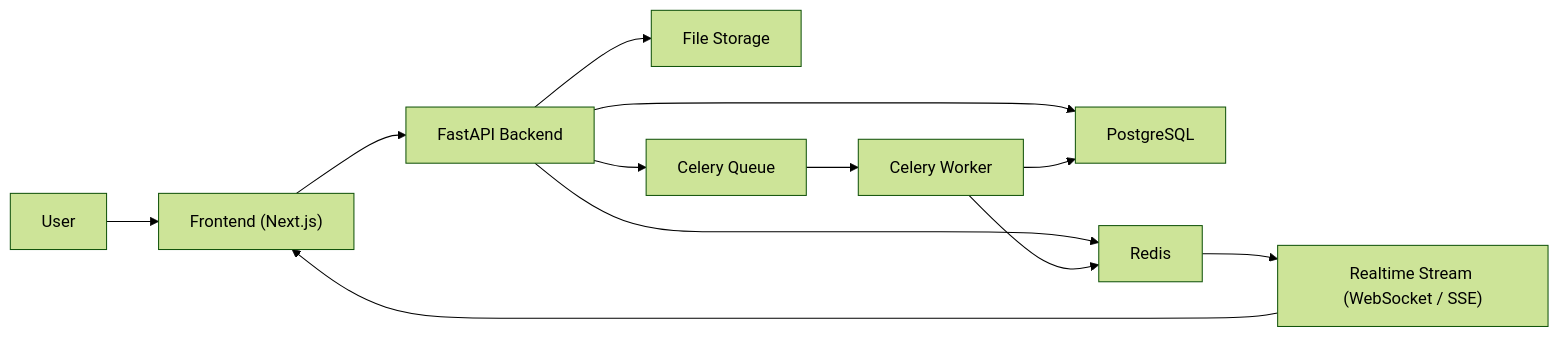
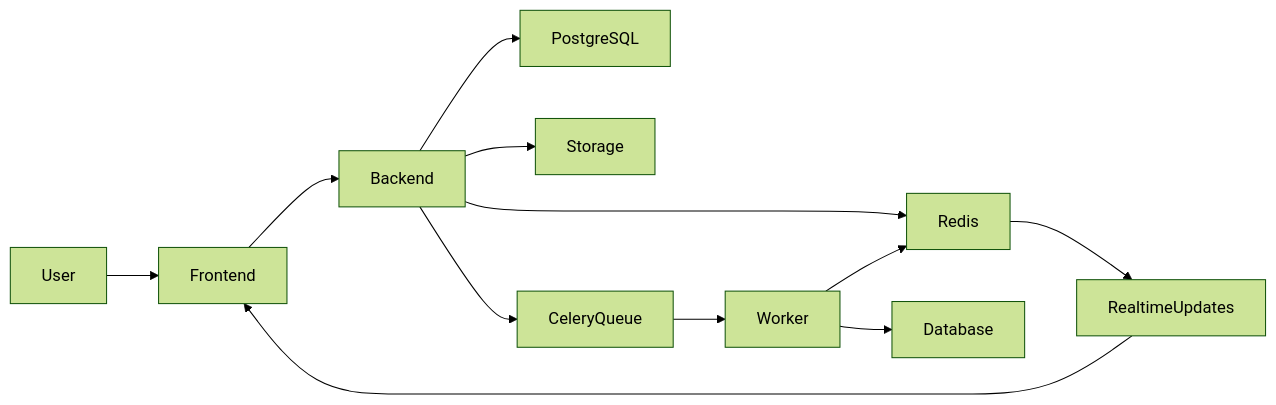
The first of 3 diagrams in async-doc_Processor__-main/README.md (HarshitTiwari14/-palm-tree), drawn with Mermaid (forest theme) before and after one commit. The commit also changed other lines of this file, not shown here.

````diff
--- a/async-doc_Processor__-main/README.md
+++ b/async-doc_Processor__-main/README.md
@@ -103,14 +103,14 @@
 ```mermaid
 flowchart LR
-    U["User"] --> F["Frontend (Next.js)"]
-    F --> A["FastAPI Backend"]
-    A --> P["PostgreSQL"]
-    A --> R["Redis"]
-    A --> S["File Storage"]
-    A --> C["Celery Queue"]
-    C --> W["Celery Worker"]
-    W --> R
-    W --> P
-    R --> L["Realtime Stream (WebSocket / SSE)"]
-    L --> F
+    User --> Frontend
+    Frontend --> Backend
+    Backend --> PostgreSQL
+    Backend --> Redis
+    Backend --> Storage
+    Backend --> CeleryQueue
+    CeleryQueue --> Worker
+    Worker --> Redis
+    Worker --> Database
+    Redis --> RealtimeUpdates
+    RealtimeUpdates --> Frontend
 ```
````
